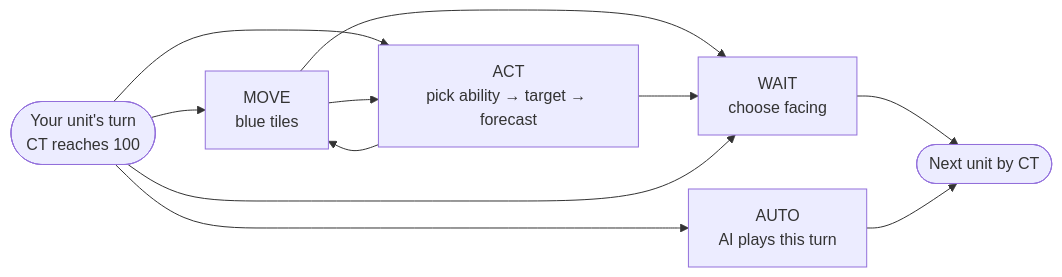
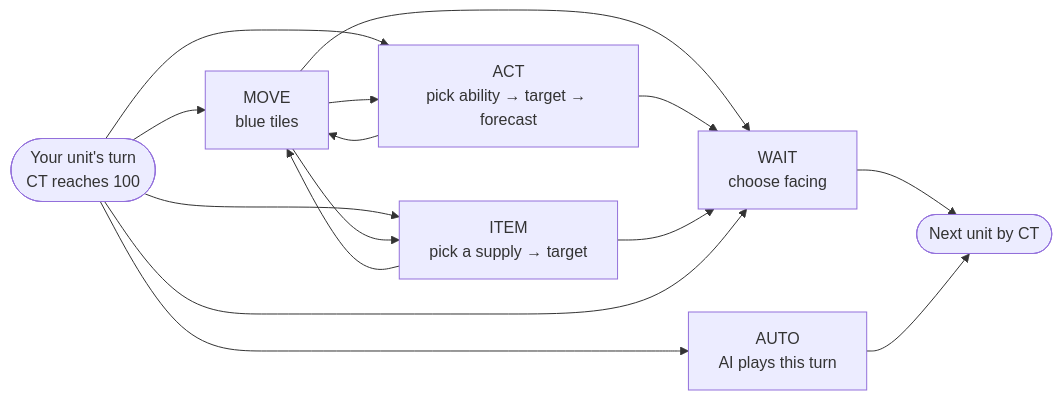
One commit to CptNope/Chess-RPG-Tactics changed the first of 5 diagrams in docs/GAMEPLAY_GUIDE.md. Above: the diagram before and after it, drawn with Mermaid. The commit also changed other lines of this file and 43 other files, not shown here.

````diff
--- a/docs/GAMEPLAY_GUIDE.md
+++ b/docs/GAMEPLAY_GUIDE.md
@@ -11,12 +11,16 @@
 ```mermaid
 flowchart LR
     Turn(["Your unit's turn<br/>CT reaches 100"]) --> Move["MOVE<br/>blue tiles"]
     Turn --> Act["ACT<br/>pick ability → target → forecast"]
     Move --> Act
     Act --> Move
     Move & Act --> Wait["WAIT<br/>choose facing"]
+    Turn --> Item["ITEM<br/>pick a supply → target"]
+    Move --> Item
+    Item --> Move
+    Item --> Wait
     Turn --> Auto["AUTO<br/>AI plays this turn"]
     Turn --> Wait
     Wait --> Next(["Next unit by CT"])
     Auto --> Next
 ```
````
